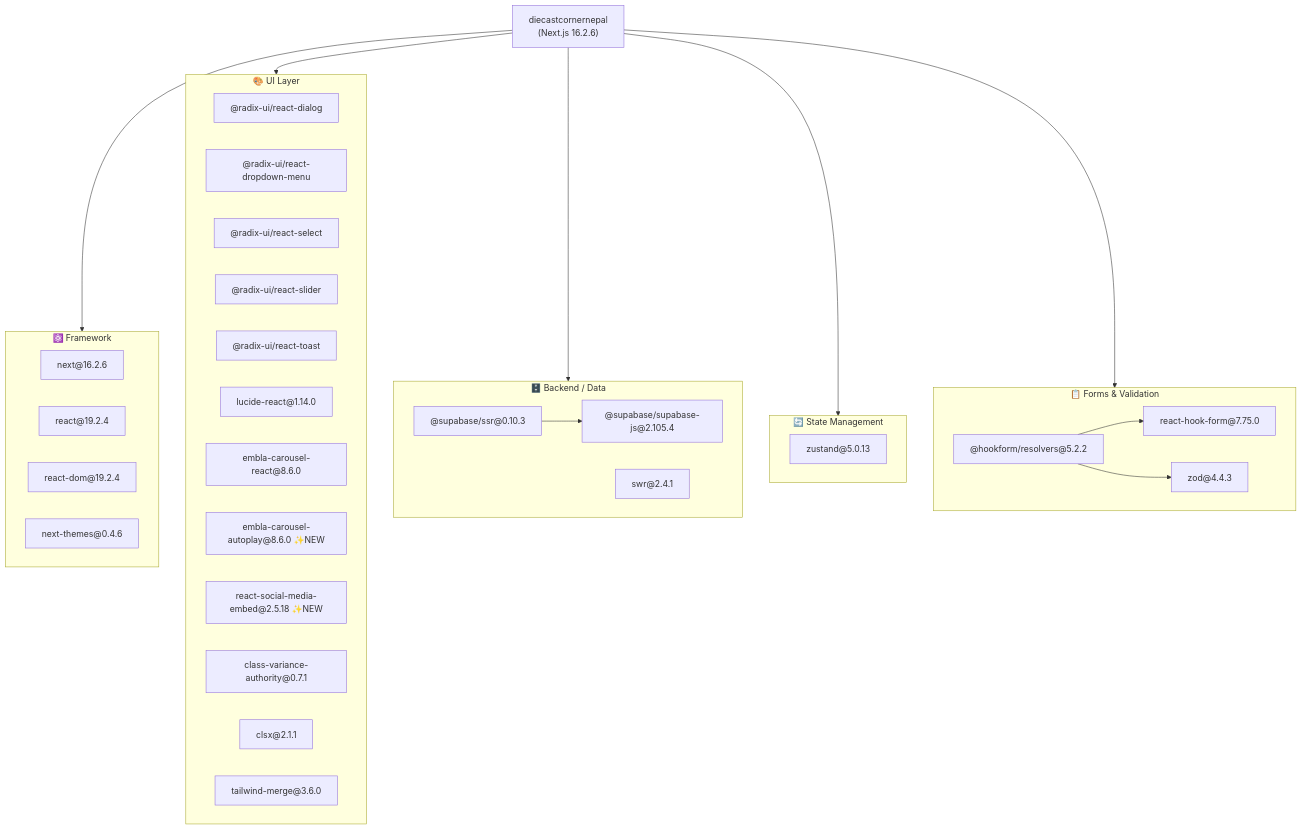
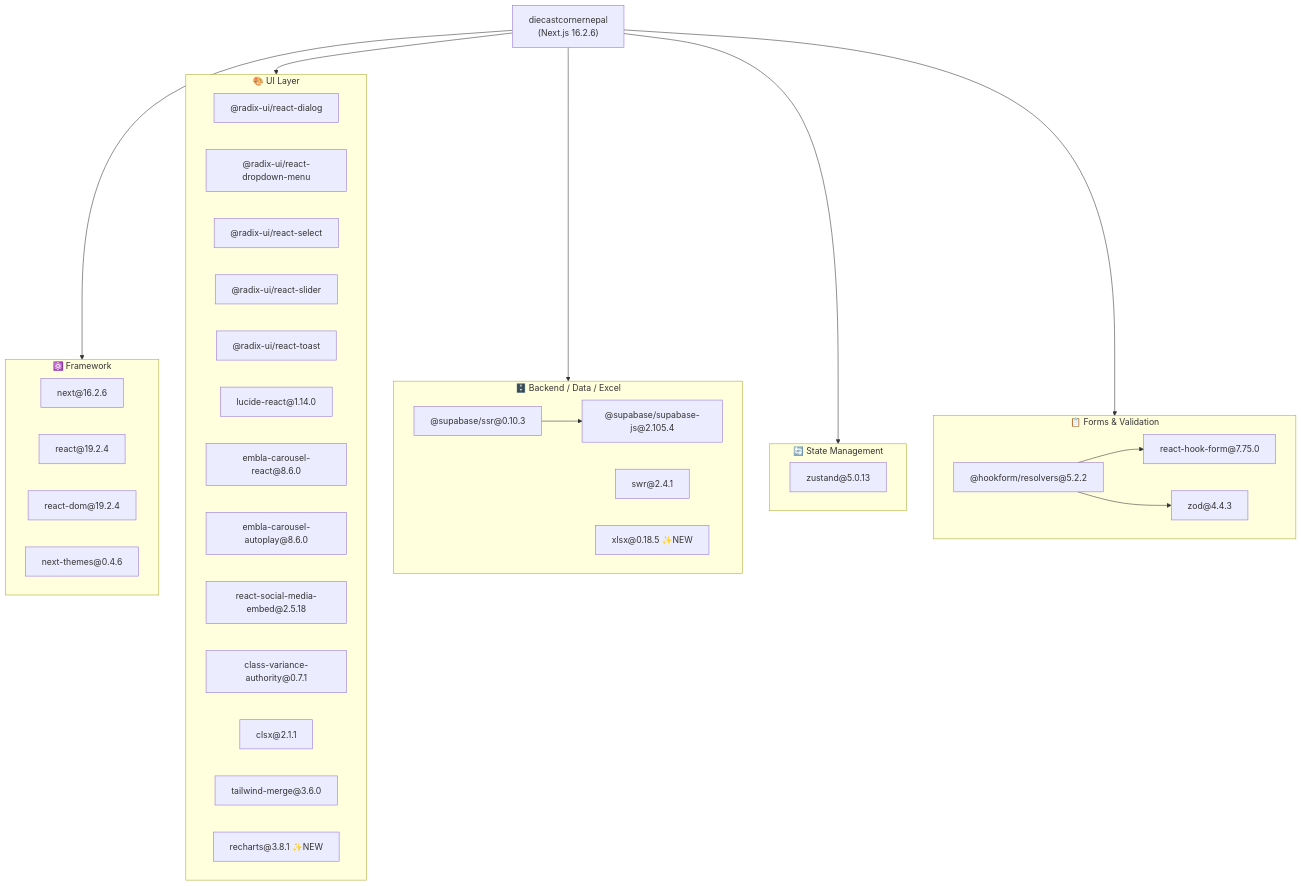
One commit to noorkth2/thediecastcornernepal changed the first of 5 diagrams in dependency_graph.md. Above: the diagram before and after it, drawn with Mermaid. The commit also changed other lines of this file, not shown here.

Commit message:
docs: update project dependency graph with accounting and analytics

````diff
--- a/dependency_graph.md
+++ b/dependency_graph.md
@@ -8,52 +8,54 @@
 ```mermaid
 graph TD
   APP["diecastcornernepal<br/>(Next.js 16.2.6)"]
 
   subgraph Framework ["⚛️ Framework"]
     NEXT["next@16.2.6"]
     REACT["react@19.2.4"]
     REACTDOM["react-dom@19.2.4"]
     NEXTTHEMES["next-themes@0.4.6"]
   end
 
   subgraph UI ["🎨 UI Layer"]
     RADIX_DIALOG["@radix-ui/react-dialog"]
     RADIX_DROPDOWN["@radix-ui/react-dropdown-menu"]
     RADIX_SELECT["@radix-ui/react-select"]
     RADIX_SLIDER["@radix-ui/react-slider"]
     RADIX_TOAST["@radix-ui/react-toast"]
     LUCIDE["lucide-react@1.14.0"]
     EMBLA["embla-carousel-react@8.6.0"]
-    EMBLA_AUTO["embla-carousel-autoplay@8.6.0 ✨NEW"]
-    REACT_SOCIAL["react-social-media-embed@2.5.18 ✨NEW"]
+    EMBLA_AUTO["embla-carousel-autoplay@8.6.0"]
+    REACT_SOCIAL["react-social-media-embed@2.5.18"]
     CVA["class-variance-authority@0.7.1"]
     CLSX["clsx@2.1.1"]
     TWMERGE["tailwind-merge@3.6.0"]
+    RECHARTS["recharts@3.8.1 ✨NEW"]
   end
 
-  subgraph Backend ["🗄️ Backend / Data"]
+  subgraph Backend ["🗄️ Backend / Data / Excel"]
     SB_SSR["@supabase/ssr@0.10.3"]
     SB_JS["@supabase/supabase-js@2.105.4"]
     SWR["swr@2.4.1"]
+    XLSX["xlsx@0.18.5 ✨NEW"]
   end
 
   subgraph State ["🔄 State Management"]
     ZUSTAND["zustand@5.0.13"]
   end
 
   subgraph Forms ["📋 Forms & Validation"]
     RHF["react-hook-form@7.75.0"]
     RHF_RESOLVERS["@hookform/resolvers@5.2.2"]
     ZOD["zod@4.4.3"]
   end
 
   APP --> Framework
   APP --> UI
   APP --> Backend
   APP --> State
   APP --> Forms
 
   SB_SSR --> SB_JS
   RHF_RESOLVERS --> ZOD
   RHF_RESOLVERS --> RHF
 ```
````
